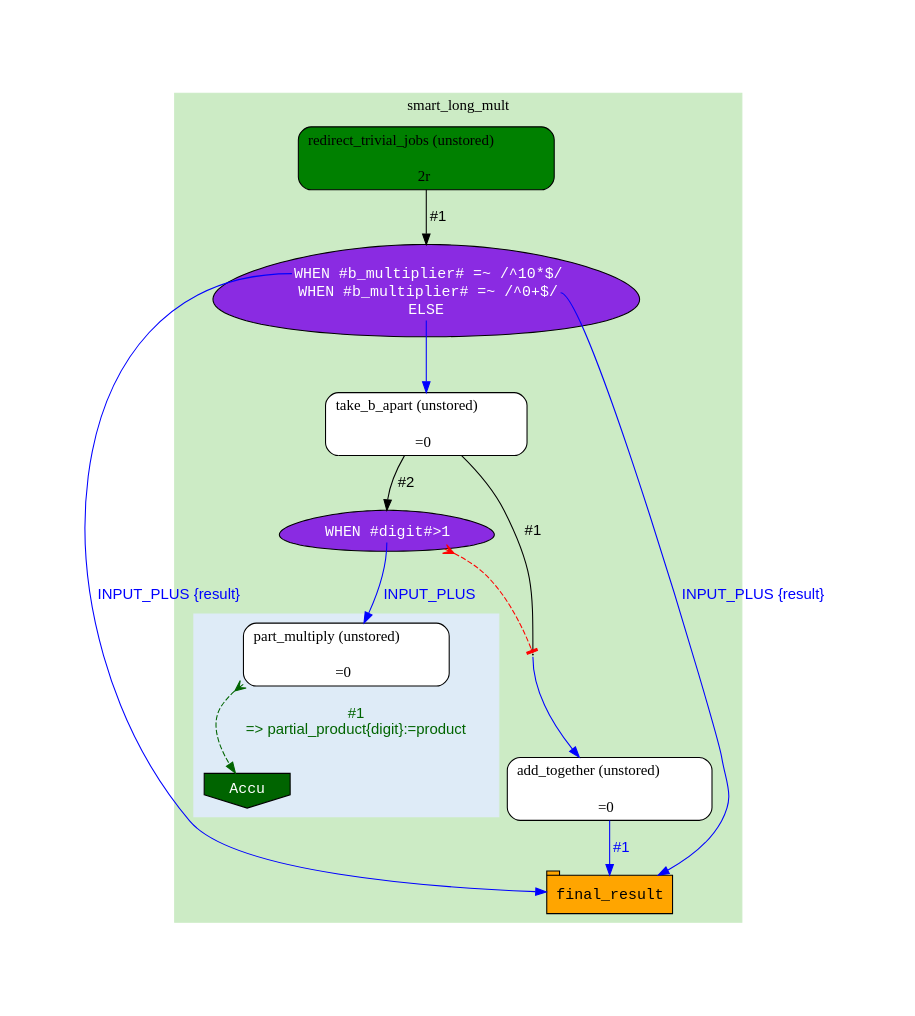
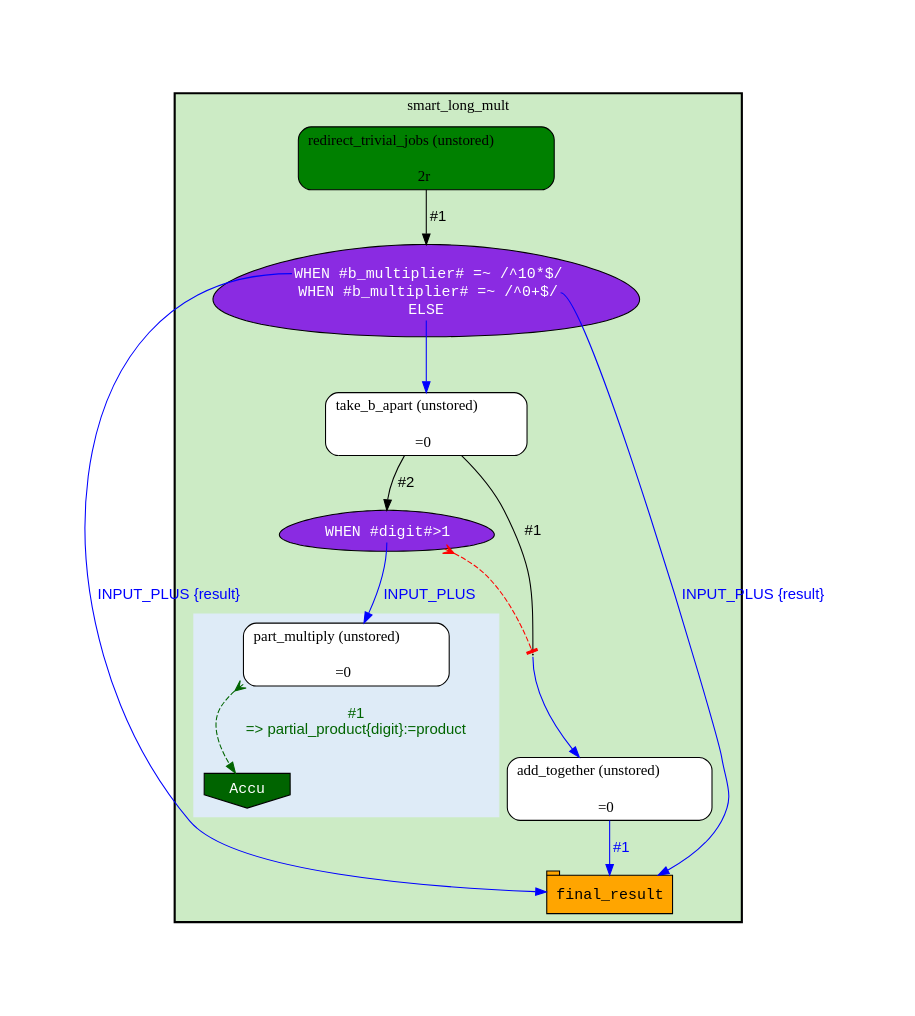
One commit to Ensembl/ensembl-hive changed the diagram in t/03.scripts/generate_graph/LongMult::PipeConfig::SmartLongMult_conf.unstored.dot. Above: the diagram before and after it, drawn with Graphviz. The commit also changed 10 other files, not shown here.

```diff
--- a/t/03.scripts/generate_graph/LongMult::PipeConfig::SmartLongMult_conf.unstored.dot
+++ b/t/03.scripts/generate_graph/LongMult::PipeConfig::SmartLongMult_conf.unstored.dot
@@ -1,47 +1,48 @@
 digraph test {
 	ratio="compress"; concentrate = "true"; name = "AnalysisWorkflow"; pad = "1.0";
 	analysis_redirect_trivial_jobs [fillcolor="green", fontname="Times-Roman", label=<<table border="0" cellborder="0" cellspacing="0" cellpadding="1"><tr><td colspan="1">redirect_trivial_jobs (unstored)</td></tr><tr><td colspan="1"> </td></tr><tr><td bgcolor="green" width="100%">2r</td></tr></table>>, shape="Mrecord", style="filled"];
 	dfr_p1_mp [fillcolor="blueviolet", fontcolor="white", fontname="Courier", label=<<table border="0" cellborder="0" cellspacing="0" cellpadding="1">i<tr><td></td></tr><tr><td port="cond_0">WHEN #b_multiplier# =~ /^10*$/</td></tr><tr><td port="cond_1">WHEN #b_multiplier# =~ /^0+$/</td></tr><tr><td port="cond_2">ELSE</td></tr></table>>, shape="egg", style="filled"];
 	table_final_result [fillcolor="orange", fontcolor="black", fontname="Courier", label=<<table border="0" cellborder="0" cellspacing="0" cellpadding="1"><tr><td colspan="1">final_result</td></tr></table>>, shape="tab", style="filled"];
 	analysis_take_b_apart [fillcolor="white", fontname="Times-Roman", label=<<table border="0" cellborder="0" cellspacing="0" cellpadding="1"><tr><td colspan="1">take_b_apart (unstored)</td></tr><tr><td colspan="1"> </td></tr><tr><td>=0</td></tr></table>>, shape="Mrecord", style="filled"];
 	dfr_p2_mp [fixedsize="1", height="0.01", label="dfr_p2_mp", shape="point", width="0.01"];
 	analysis_add_together [fillcolor="white", fontname="Times-Roman", label=<<table border="0" cellborder="0" cellspacing="0" cellpadding="1"><tr><td colspan="1">add_together (unstored)</td></tr><tr><td colspan="1"> </td></tr><tr><td>=0</td></tr></table>>, shape="Mrecord", style="filled"];
 	dfr_p3_mp [fillcolor="blueviolet", fontcolor="white", fontname="Courier", label=<<table border="0" cellborder="0" cellspacing="0" cellpadding="1">i<tr><td></td></tr><tr><td port="cond_0">WHEN #digit#&gt;1</td></tr></table>>, shape="egg", style="filled"];
 	analysis_part_multiply [fillcolor="white", fontname="Times-Roman", label=<<table border="0" cellborder="0" cellspacing="0" cellpadding="1"><tr><td colspan="1">part_multiply (unstored)</td></tr><tr><td colspan="1"> </td></tr><tr><td>=0</td></tr></table>>, shape="Mrecord", style="filled"];
 	sink_dfr_p2_mp [fillcolor="darkgreen", fontcolor="white", fontname="Courier", label="Accu", shape="invhouse", style="filled"];
 	analysis_add_together -> table_final_result [color="blue", fontcolor="blue", fontname="Helvetica", label="#1\n"];
 	analysis_part_multiply -> sink_dfr_p2_mp [arrowtail="crow", color="darkgreen", dir="both", fontcolor="darkgreen", fontname="Helvetica", label="#1\n=> partial_product{digit}:=product", style="dashed"];
 	analysis_redirect_trivial_jobs -> dfr_p1_mp [arrowhead="normal", color="black", fontcolor="black", fontname="Helvetica", headport="n", label="#1"];
 	analysis_take_b_apart -> dfr_p2_mp [arrowhead="none", color="black", fontcolor="black", fontname="Helvetica", headport="n", label="#1"];
 	analysis_take_b_apart -> dfr_p3_mp [arrowhead="normal", color="black", fontcolor="black", fontname="Helvetica", headport="n", label="#2"];
 	dfr_p1_mp -> analysis_take_b_apart [color="blue", fontcolor="blue", fontname="Helvetica", label="\n", tailport="cond_2"];
 	dfr_p1_mp -> table_final_result [color="blue", fontcolor="blue", fontname="Helvetica", label="\nINPUT_PLUS {result}", tailport="cond_0"];
 	dfr_p1_mp -> table_final_result [color="blue", fontcolor="blue", fontname="Helvetica", label="\nINPUT_PLUS {result}", tailport="cond_1"];
 	dfr_p2_mp -> analysis_add_together [color="blue", fontcolor="blue", fontname="Helvetica", label="\n", tailport="s"];
 	dfr_p3_mp -> analysis_part_multiply [color="blue", fontcolor="blue", fontname="Helvetica", label="\nINPUT_PLUS ", tailport="cond_0"];
 	dfr_p3_mp -> dfr_p2_mp [arrowhead="tee", arrowtail="crow", color="red", dir="both", style="dashed"];
 
 subgraph cluster_smart_long_mult {
 	label="smart_long_mult";
-	style=filled;
+	style="bold,filled";
 	colorscheme=pastel19;
-	color=3;
+	fillcolor=3;
 	analysis_redirect_trivial_jobs;
 	dfr_p1_mp;
 	table_final_result;
 	table_final_result;
 	analysis_take_b_apart;
 	dfr_p2_mp;
 	subgraph cluster_cl_dfr_p2_mp {
 		label="";
-		style=filled;
+		style="filled";
 		colorscheme=blues9;
+		fillcolor=2;
 		color=2;
 		analysis_part_multiply;
 		sink_dfr_p2_mp;
 	}
 	dfr_p3_mp;
 	analysis_add_together;
 	table_final_result;
 }
 }
```
